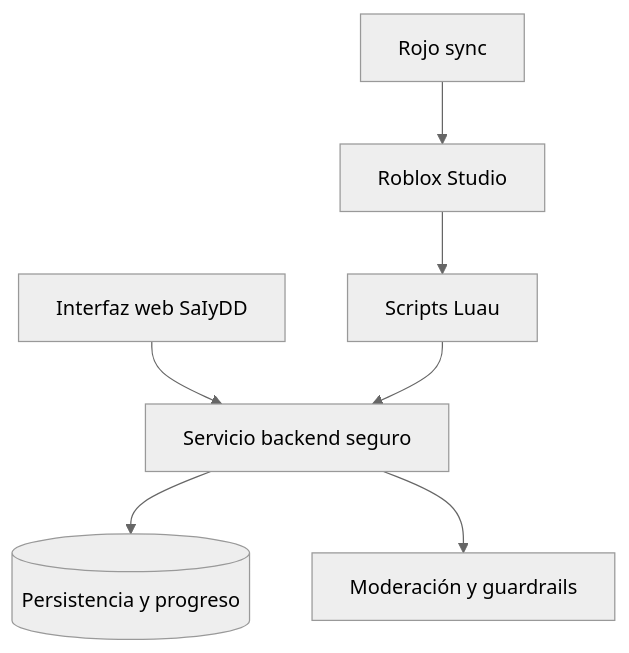
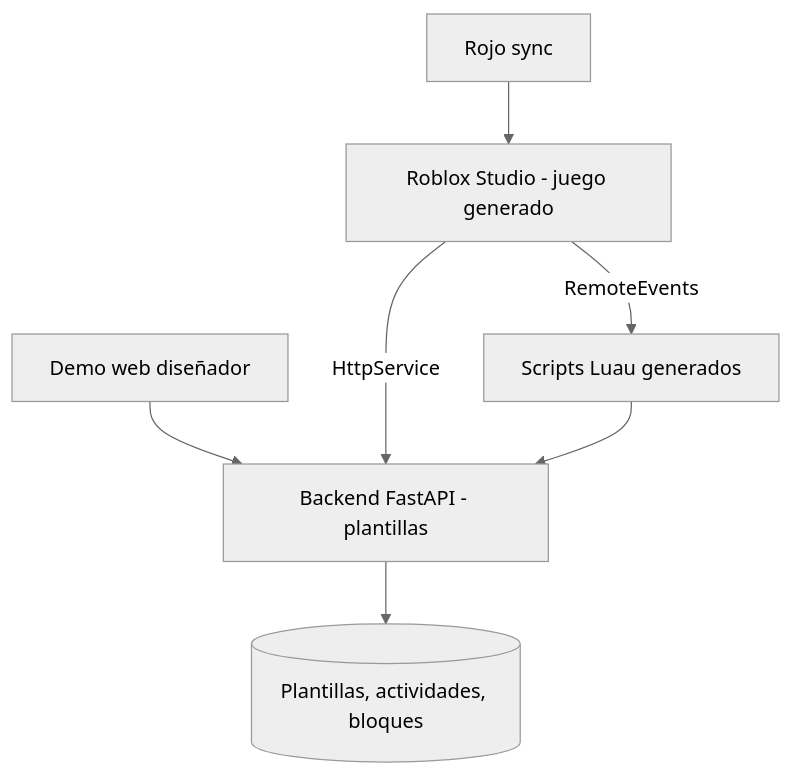
One commit to gproatechnology/GProA_SAIyDD changed the third of 4 diagrams in README.md. Above: the diagram before and after it, drawn with Mermaid (neutral theme). The commit also changed other lines of this file and 4 other files, not shown here.

Commit message:
docs(readme): reestructurar a plataforma generadora de juegos vía Rojo; feat(coopa): endpoint DELETE /api/children/{childId} derecho al olvido

````diff
--- a/README.md
+++ b/README.md
@@ -195,9 +166,9 @@
 ```mermaid
 flowchart TB
-    WEB[Interfaz web SaIyDD] --> API[Servicio backend seguro]
-    STUDIO[Roblox Studio] --> LU[Scripts Luau]
+    WEB[Demo web diseñador] --> API[Backend FastAPI - plantillas]
+    API --> DB[(Plantillas, actividades, bloques)]
+    ROJO[Rojo sync] --> STUDIO[Roblox Studio - juego generado]
+    STUDIO -->|HttpService| API
+    STUDIO -->|RemoteEvents| LU[Scripts Luau generados]
     LU --> API
-    API --> DB[(Persistencia y progreso)]
-    API --> MOD[Moderación y guardrails]
-    ROJO[Rojo sync] --> STUDIO
 ```
````
